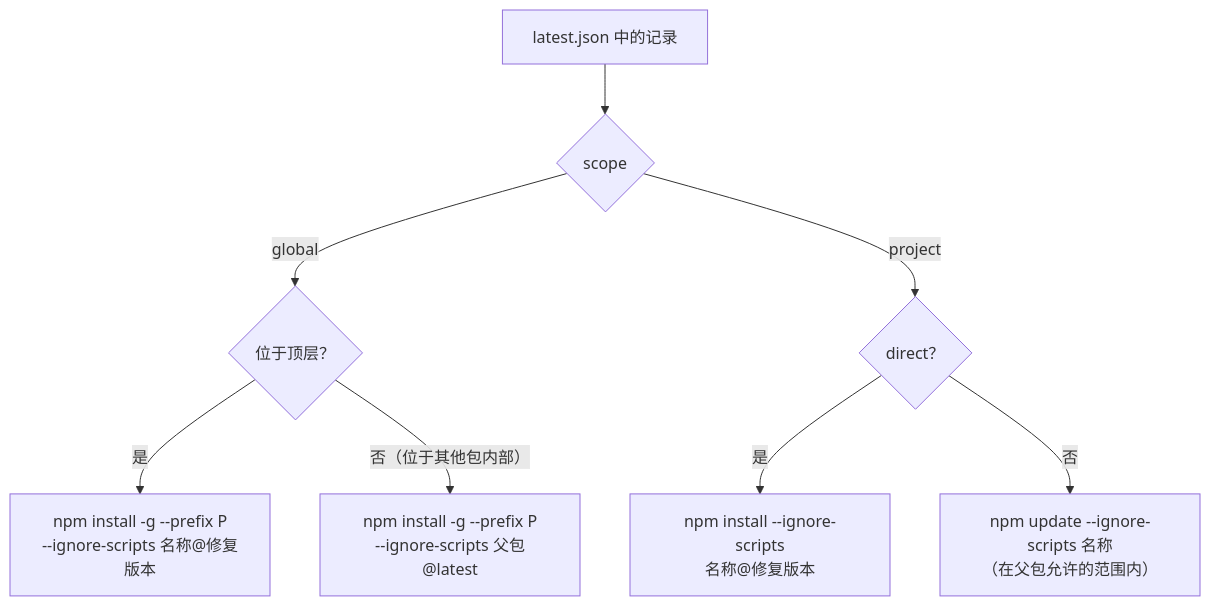
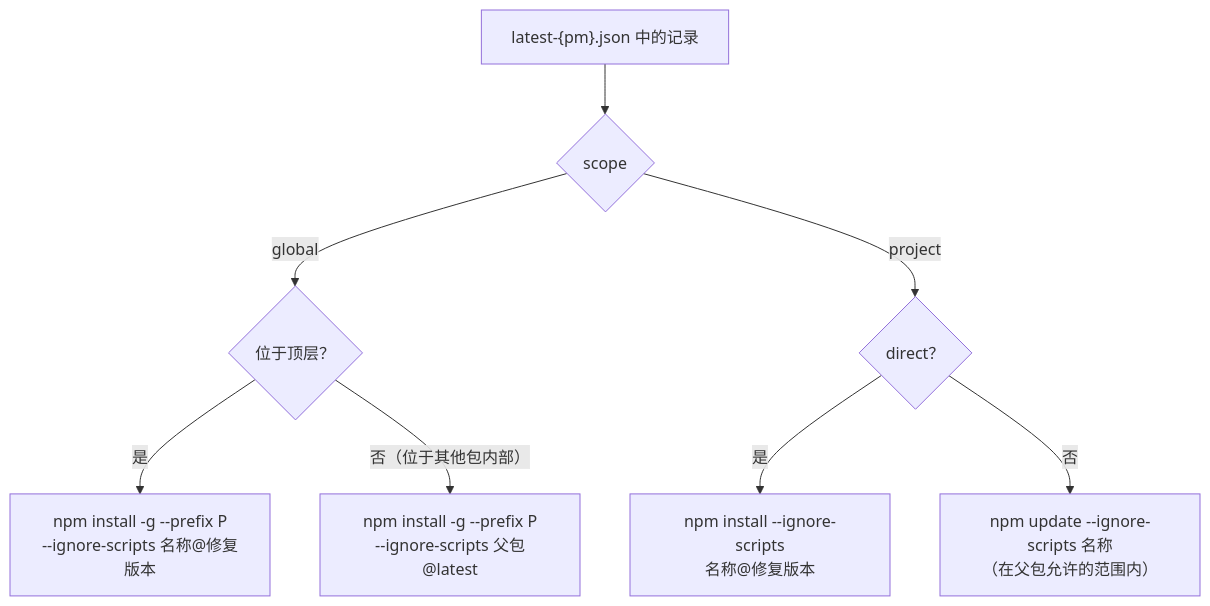
One commit to phanhuyyy/libpack-guard changed the ninth of 12 diagrams in docs/zh-CN/workflows.md. Above: the diagram before and after it, drawn with Mermaid. The commit also changed other lines of this file and 50 other files, not shown here.

````diff
--- a/docs/zh-CN/workflows.md
+++ b/docs/zh-CN/workflows.md
@@ -247,10 +247,10 @@
 ```mermaid
 flowchart TD
-    R["latest.json 中的记录"] --> G{"scope"}
+    R["latest-{pm}.json 中的记录"] --> G{"scope"}
     G -- global --> Top{"位于顶层？"}
     Top -- 是 --> A1["npm install -g --prefix P<br/>--ignore-scripts 名称@修复版本"]
     Top -- "否（位于其他包内部）" --> A2["npm install -g --prefix P<br/>--ignore-scripts 父包@latest"]
     G -- project --> Dir{"direct？"}
     Dir -- 是 --> A3["npm install --ignore-scripts<br/>名称@修复版本"]
     Dir -- 否 --> A4["npm update --ignore-scripts 名称<br/>（在父包允许的范围内）"]
 ```
````
